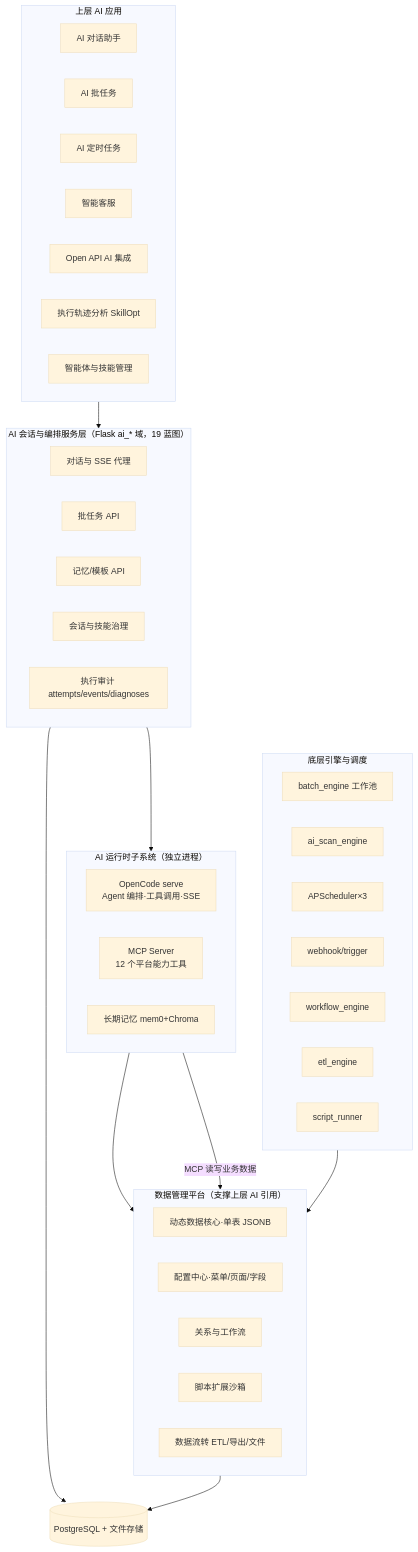
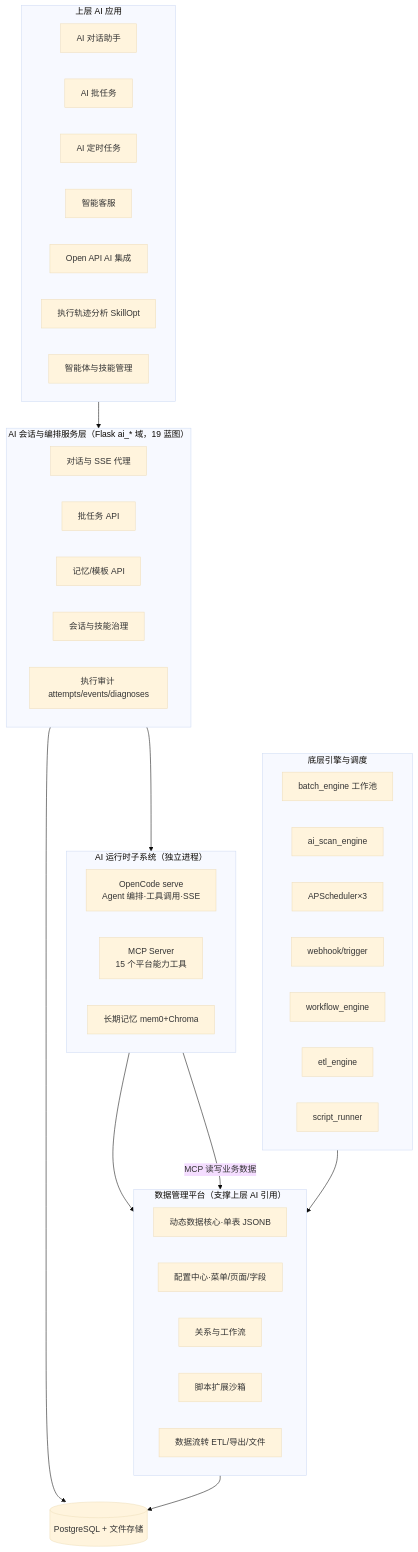
The diagram in docs/design/AI能力总览与长任务稳定性.md (morningKing/check-manage), drawn with Mermaid (base theme) before and after one commit. The commit also changed other lines of this file and 4 other files, not shown here.

````diff
--- a/docs/design/AI能力总览与长任务稳定性.md
+++ b/docs/design/AI能力总览与长任务稳定性.md
@@ -14,29 +14,29 @@
 ```mermaid
 flowchart TB
     subgraph APP["上层 AI 应用"]
         A1[AI 对话助手] ; A2[AI 批任务] ; A3[AI 定时任务] ; A4[智能客服]
         A5[Open API AI 集成] ; A6[执行轨迹分析 SkillOpt] ; A7[智能体与技能管理]
     end
     subgraph SVC["AI 会话与编排服务层（Flask ai_* 域，19 蓝图）"]
         B1[对话与 SSE 代理] ; B2[批任务 API] ; B3[记忆/模板 API]
         B4[会话与技能治理] ; B5[执行审计 attempts/events/diagnoses]
     end
     subgraph RT["AI 运行时子系统（独立进程）"]
-        C1[OpenCode serve<br/>Agent 编排·工具调用·SSE] ; C2[MCP Server<br/>12 个平台能力工具]
+        C1[OpenCode serve<br/>Agent 编排·工具调用·SSE] ; C2[MCP Server<br/>15 个平台能力工具]
         C3[长期记忆 mem0+Chroma]
     end
     subgraph DATA["数据管理平台（支撑上层 AI 引用）"]
         D1[动态数据核心·单表 JSONB] ; D2[配置中心·菜单/页面/字段]
         D3[关系与工作流] ; D4[脚本扩展沙箱] ; D5[数据流转 ETL/导出/文件]
     end
     subgraph SCHED["底层引擎与调度"]
         E1[batch_engine 工作池] ; E2[ai_scan_engine] ; E3[APScheduler×3]
         E4[webhook/trigger] ; E5[workflow_engine] ; E6[etl_engine] ; E7[script_runner]
     end
     DB[(PostgreSQL + 文件存储)]
     APP --> SVC --> RT --> DATA
     SVC --> DB
     RT -->|MCP 读写业务数据| DATA
     SCHED --> DATA
     DATA --> DB
 ```
````
